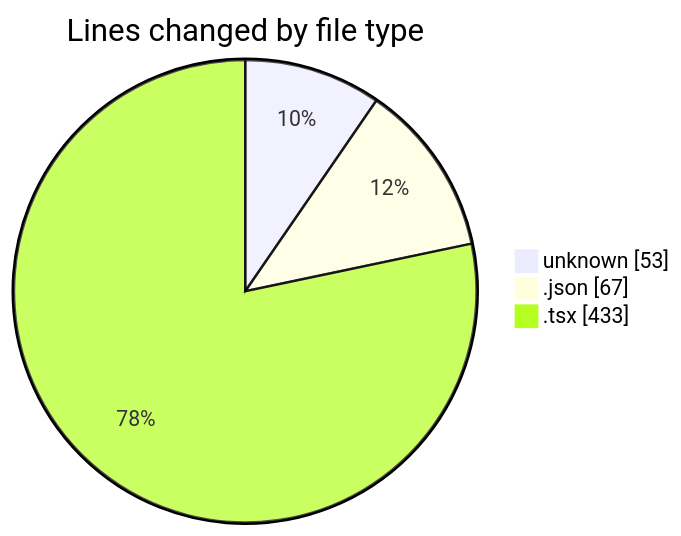
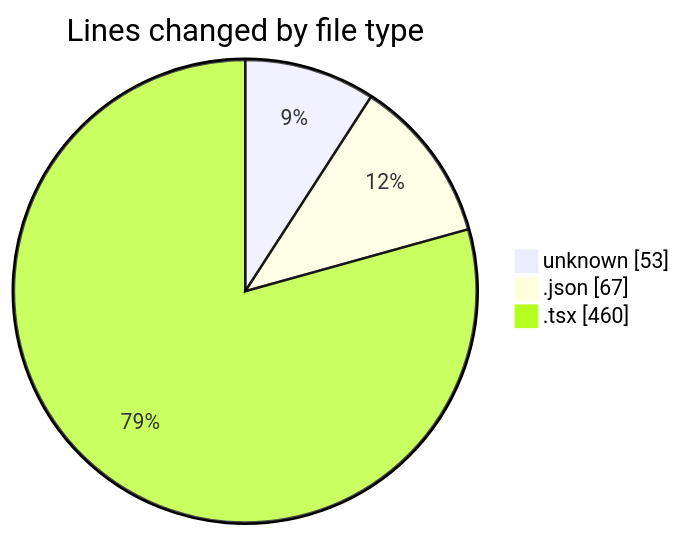
The first of 2 diagrams in 2026-01-19/cda/README.md (momahboobian/code-tracking), drawn with Mermaid before and after one commit. The commit also changed other lines of this file and 1 other file, not shown here.

````diff
--- a/2026-01-19/cda/README.md
+++ b/2026-01-19/cda/README.md
@@ -22,7 +22,7 @@
 ```mermaid
 pie showData
 title Lines changed by file type
 "unknown" : 53
 ".json" : 67
-".tsx" : 433
+".tsx" : 460
 ```
````
